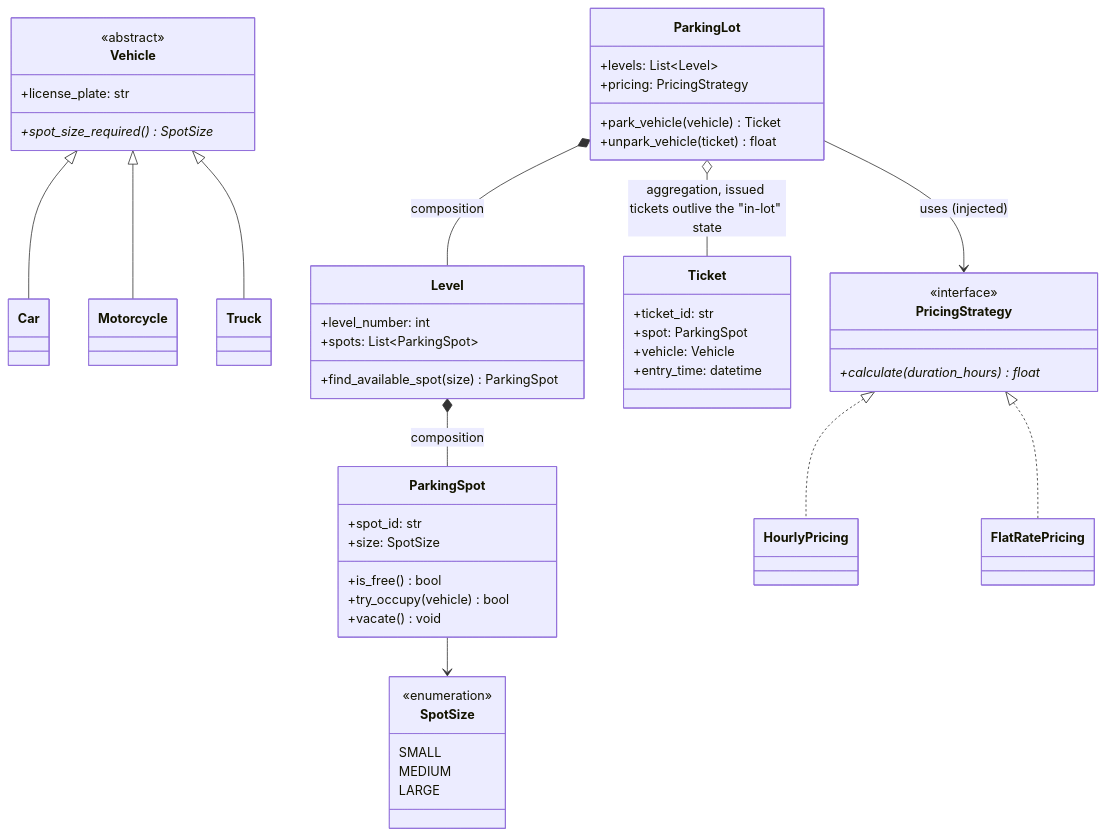
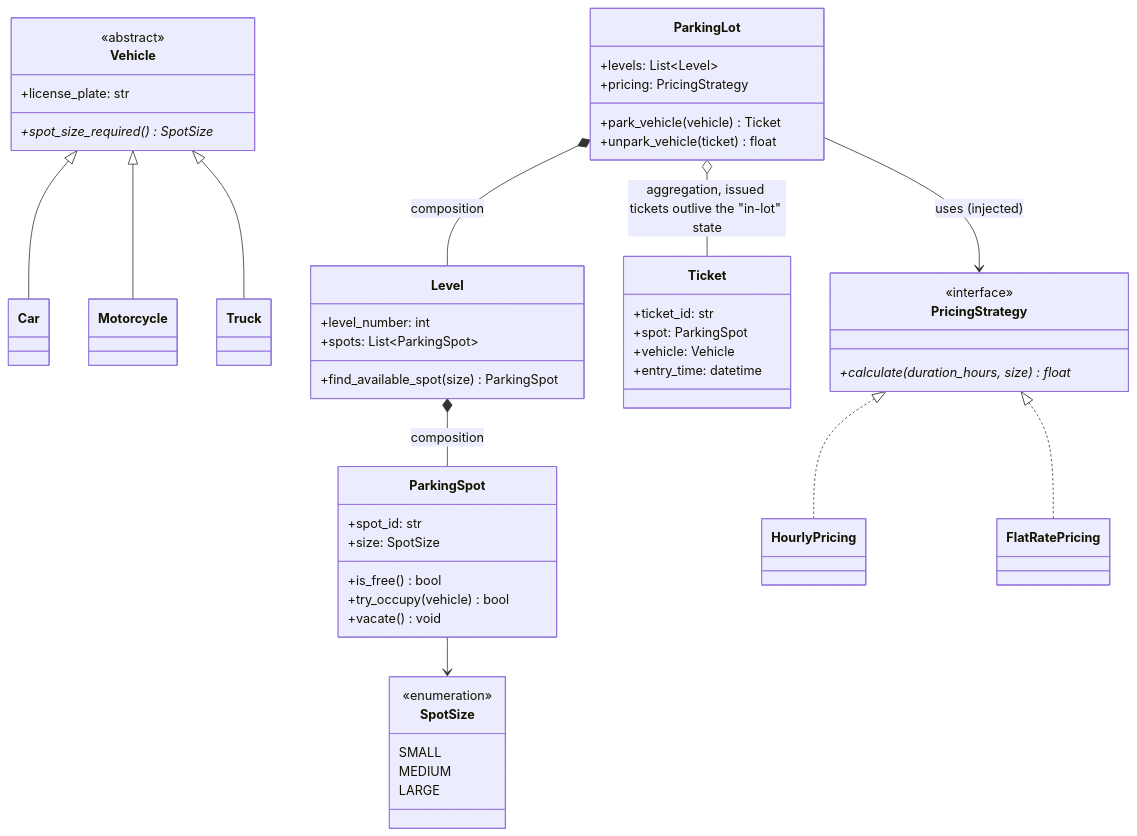
Before and after one commit to sanketn26/interview-prep: the diagram in docs/lld-exercises/parking-lot.md, drawn with Mermaid. The commit also changed other lines of this file and 93 other files, not shown here.

````diff
--- a/docs/lld-exercises/parking-lot.md
+++ b/docs/lld-exercises/parking-lot.md
@@ -50,64 +50,64 @@
 ```mermaid
 classDiagram
     class Vehicle {
         <<abstract>>
         +license_plate: str
         +spot_size_required()* SpotSize
     }
     class Car
     class Motorcycle
     class Truck
 
     class SpotSize {
         <<enumeration>>
         SMALL
         MEDIUM
         LARGE
     }
 
     class ParkingSpot {
         +spot_id: str
         +size: SpotSize
         +is_free() bool
         +try_occupy(vehicle) bool
         +vacate() void
     }
 
     class Level {
         +level_number: int
         +spots: List~ParkingSpot~
         +find_available_spot(size) ParkingSpot
     }
 
     class ParkingLot {
         +levels: List~Level~
         +pricing: PricingStrategy
         +park_vehicle(vehicle) Ticket
         +unpark_vehicle(ticket) float
     }
 
     class Ticket {
         +ticket_id: str
         +spot: ParkingSpot
         +vehicle: Vehicle
         +entry_time: datetime
     }
 
     class PricingStrategy {
         <<interface>>
-        +calculate(duration_hours)* float
+        +calculate(duration_hours, size)* float
     }
     class HourlyPricing
     class FlatRatePricing
 
     Vehicle <|-- Car
     Vehicle <|-- Motorcycle
     Vehicle <|-- Truck
     ParkingLot *-- Level : composition
     Level *-- ParkingSpot : composition
     ParkingLot o-- Ticket : aggregation, issued tickets outlive the "in-lot" state
     ParkingLot --> PricingStrategy : uses (injected)
     PricingStrategy <|.. HourlyPricing
     PricingStrategy <|.. FlatRatePricing
     ParkingSpot --> SpotSize
 ```
````
